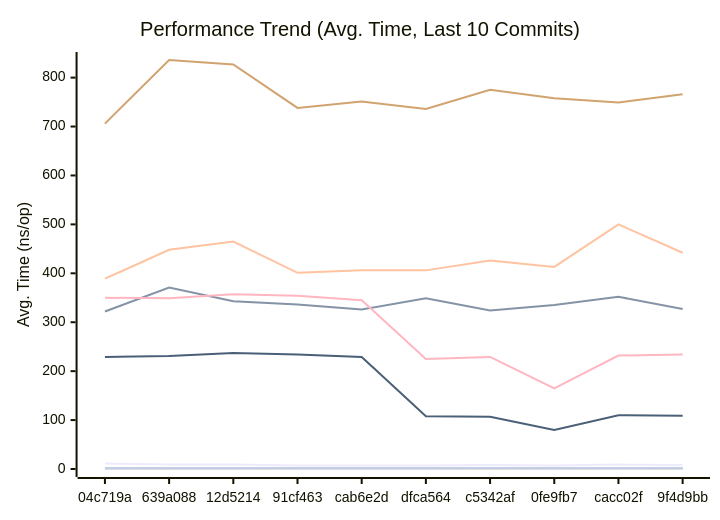
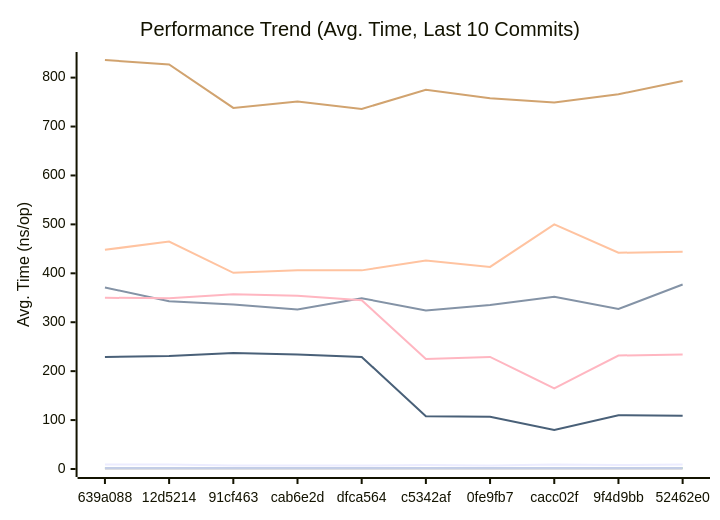
Before and after one commit to alsotoes/momo: the first of 3 diagrams in docs/PERFORMANCE.md, drawn with Mermaid. The commit also changed other lines of this file and 2 other files, not shown here.

````diff
--- a/docs/PERFORMANCE.md
+++ b/docs/PERFORMANCE.md
@@ -80,16 +80,16 @@
 ```mermaid
 xychart-beta
     title "Performance Trend (Avg. Time, Last 10 Commits)"
     x-axis "Commit"
     y-axis "Avg. Time (ns/op)"
-    x-axis [04c719a,639a088,12d5214,91cf463,cab6e2d,dfca564,c5342af,0fe9fb7,cacc02f,9f4d9bb]
-    line "CheckMetricsAndSwap" [11,9,9,7,7,7,8,7,9,8]
-    line "CrushOptimized" [322,371,343,336,326,349,324,335,352,327]
-    line "CrushOriginal" [389,448,465,401,406,406,426,413,500,442]
+    x-axis [639a088,12d5214,91cf463,cab6e2d,dfca564,c5342af,0fe9fb7,cacc02f,9f4d9bb,52462e0]
+    line "CheckMetricsAndSwap" [9,9,7,7,7,8,7,9,8,9]
+    line "CrushOptimized" [371,343,336,326,349,324,335,352,327,377]
+    line "CrushOriginal" [448,465,401,406,406,426,413,500,442,444]
     line "IndexDirectTracking" [0,0,0,0,0,0,0,0,0,0]
     line "IndexSearch" [2,2,2,2,2,2,2,2,2,2]
-    line "LoadGlobalConfig" [706,836,827,738,751,736,775,758,749,766]
+    line "LoadGlobalConfig" [836,827,738,751,736,775,758,749,766,793]
     line "PadString" [2,2,2,2,2,2,2,2,2,2]
     line "ParseReplicationOrder_NoPrealloc" [350,349,357,354,345,225,229,165,232,234]
     line "ParseReplicationOrder_Prealloc" [229,231,237,234,229,108,107,80,110,109]
 ```
````
